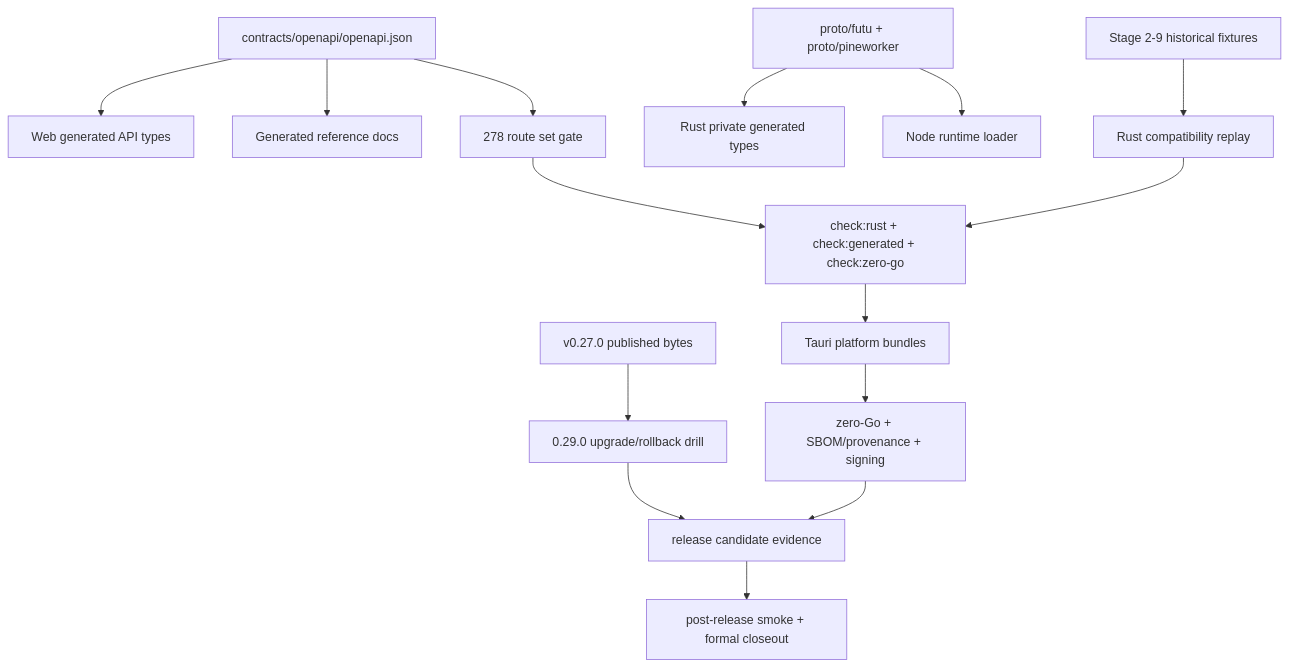
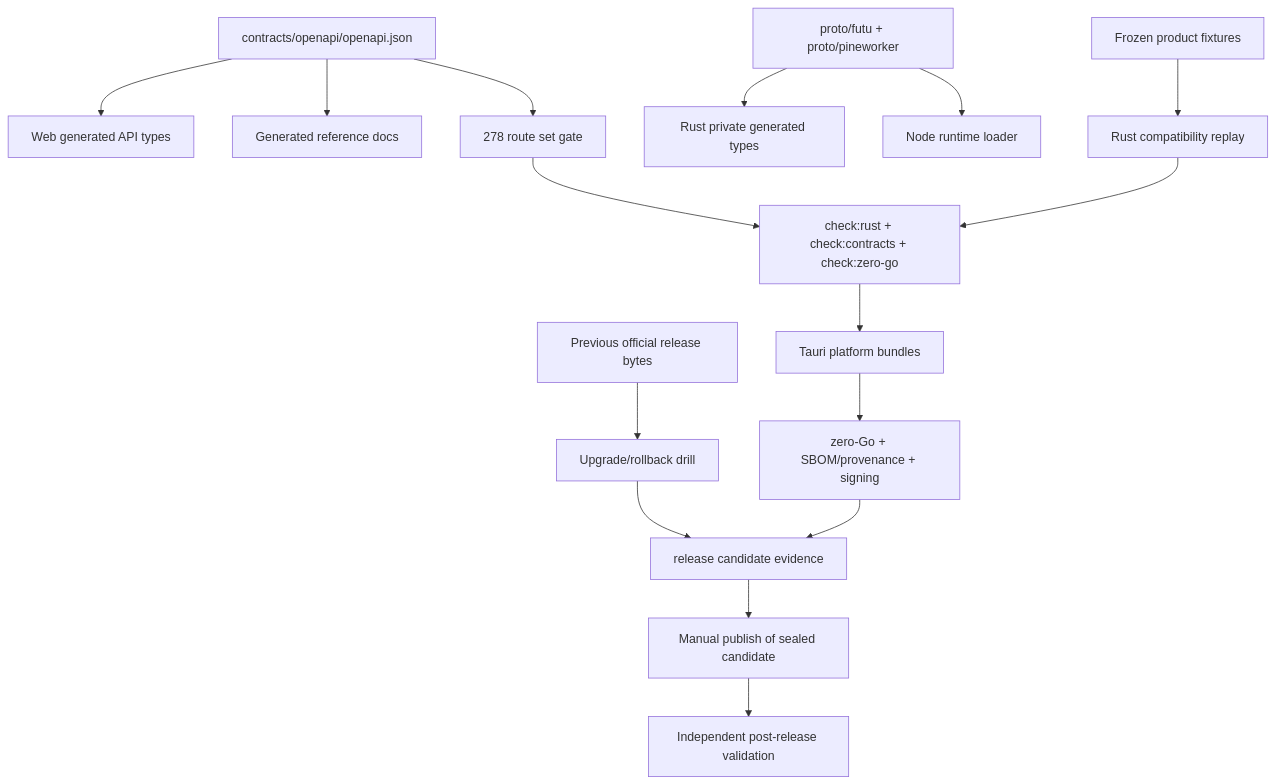
One commit to Dennishaha/JFTrade changed the fifth of 6 diagrams in docs/architecture-mermaid.md. Above: the diagram before and after it, drawn with Mermaid. The commit also changed other lines of this file and 72 other files, not shown here.

Commit message:
docs: make Rust product gates the current facts

````diff
--- a/docs/architecture-mermaid.md
+++ b/docs/architecture-mermaid.md
@@ -92,17 +92,18 @@
 ```mermaid
 flowchart TB
     OpenAPI[contracts/openapi/openapi.json] --> WebTypes[Web generated API types]
     OpenAPI --> Docs[Generated reference docs]
     OpenAPI --> RouteGate[278 route set gate]
     Proto[proto/futu + proto/pineworker] --> RustProto[Rust private generated types]
     Proto --> NodeProto[Node runtime loader]
-    Fixtures[Stage 2-9 historical fixtures] --> Replay[Rust compatibility replay]
-    Baseline[v0.27.0 published bytes] --> Upgrade[0.29.0 upgrade/rollback drill]
-    RouteGate --> Local[check:rust + check:generated + check:zero-go]
+    Fixtures[Frozen product fixtures] --> Replay[Rust compatibility replay]
+    Baseline[Previous official release bytes] --> Upgrade[Upgrade/rollback drill]
+    RouteGate --> Local[check:rust + check:contracts + check:zero-go]
     Replay --> Local
     Local --> Bundle[Tauri platform bundles]
     Bundle --> ArtifactGate[zero-Go + SBOM/provenance + signing]
     Upgrade --> Candidate[release candidate evidence]
     ArtifactGate --> Candidate
-    Candidate --> Post[post-release smoke + formal closeout]
+    Candidate --> Publish[Manual publish of sealed candidate]
+    Publish --> Post[Independent post-release validation]
 ```
````
